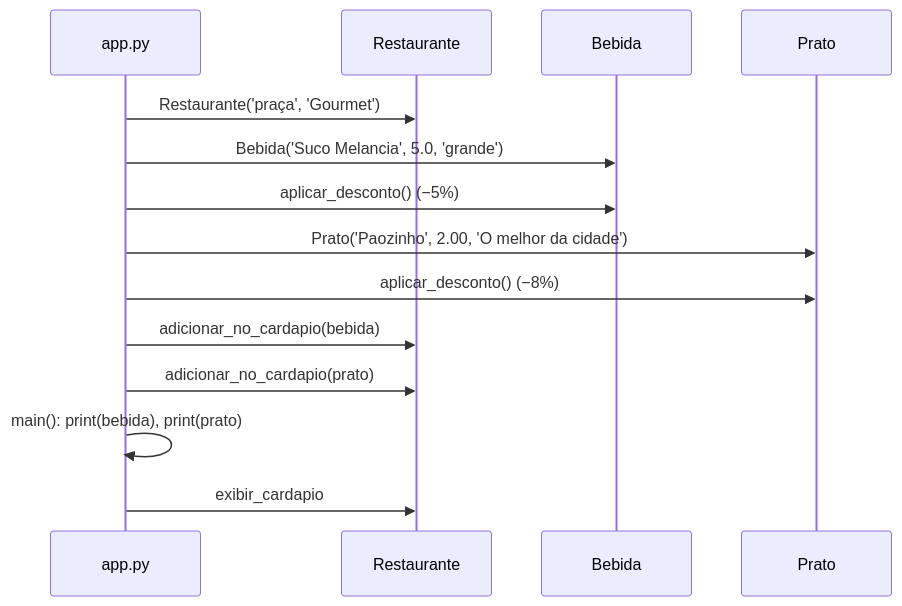
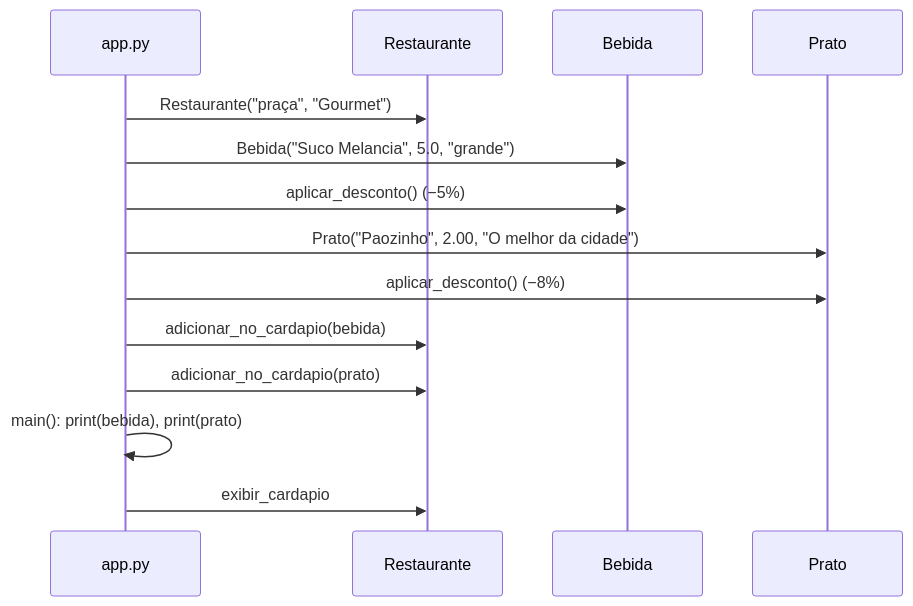
Before and after one commit to marcuswlima/learning: the third of 3 diagrams in python/alura/carreira/NIVEL1/03-objetos-API/SABOR-EXPRESS/README.md, drawn with Mermaid. The commit also changed other lines of this file, not shown here.

````diff
--- a/python/alura/carreira/NIVEL1/03-objetos-API/SABOR-EXPRESS/README.md
+++ b/python/alura/carreira/NIVEL1/03-objetos-API/SABOR-EXPRESS/README.md
@@ -215,17 +216,17 @@
 ```mermaid
 sequenceDiagram
     participant App as app.py
     participant R as Restaurante
     participant B as Bebida
     participant P as Prato
 
-    App->>R: Restaurante('praça', 'Gourmet')
-    App->>B: Bebida('Suco Melancia', 5.0, 'grande')
+    App->>R: Restaurante("praça", "Gourmet")
+    App->>B: Bebida("Suco Melancia", 5.0, "grande")
     App->>B: aplicar_desconto()  (−5%)
-    App->>P: Prato('Paozinho', 2.00, 'O melhor da cidade')
+    App->>P: Prato("Paozinho", 2.00, "O melhor da cidade")
     App->>P: aplicar_desconto()  (−8%)
     App->>R: adicionar_no_cardapio(bebida)
     App->>R: adicionar_no_cardapio(prato)
     App->>App: main(): print(bebida), print(prato)
     App->>R: exibir_cardapio
 ```
````
